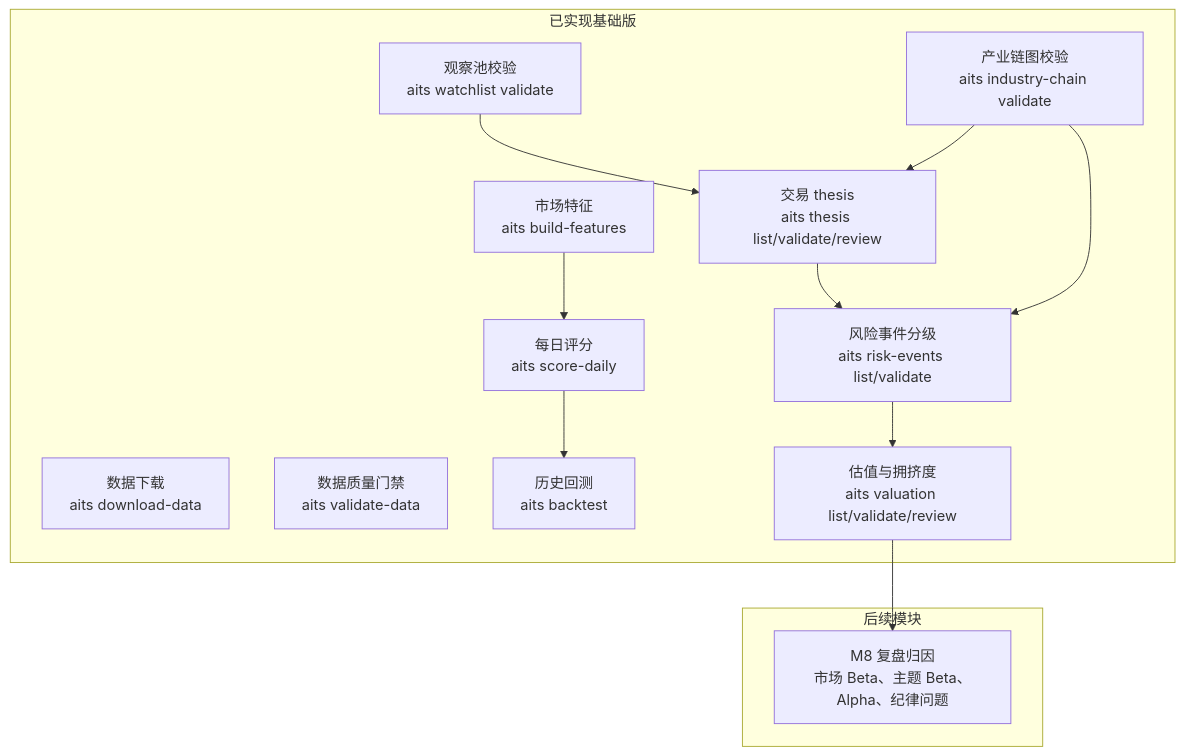
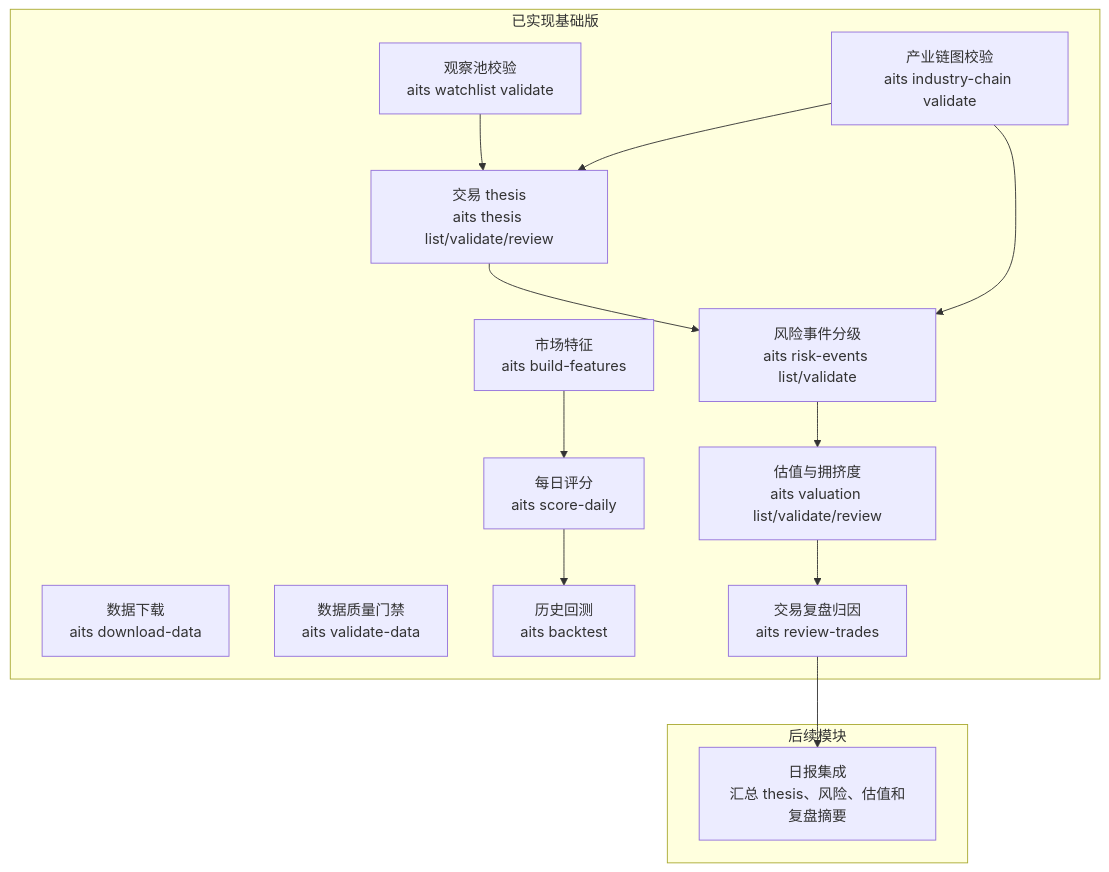
Before and after one commit to AI-Trading-Collaboration/AITradingSystem: the fifth of 5 diagrams in docs/system_flow.md, drawn with Mermaid. The commit also changed other lines of this file and 9 other files, not shown here.

````diff
--- a/docs/system_flow.md
+++ b/docs/system_flow.md
@@ -239,28 +253,30 @@
 ```mermaid
 flowchart TD
     subgraph Done["已实现基础版"]
         A["数据下载<br/>aits download-data"]
         B["数据质量门禁<br/>aits validate-data"]
         C["市场特征<br/>aits build-features"]
         D["每日评分<br/>aits score-daily"]
         E["历史回测<br/>aits backtest"]
         F["观察池校验<br/>aits watchlist validate"]
         G["产业链图校验<br/>aits industry-chain validate"]
         H["交易 thesis<br/>aits thesis list/validate/review"]
         I["风险事件分级<br/>aits risk-events list/validate"]
         J["估值与拥挤度<br/>aits valuation list/validate/review"]
+        K["交易复盘归因<br/>aits review-trades"]
     end
 
     subgraph Next["后续模块"]
-        K["M8 复盘归因<br/>市场 Beta、主题 Beta、Alpha、纪律问题"]
+        L["日报集成<br/>汇总 thesis、风险、估值和复盘摘要"]
     end
 
     C --> D
     D --> E
     F --> H
     G --> H
     G --> I
     H --> I
     I --> J
     J --> K
+    K --> L
 ```
````
